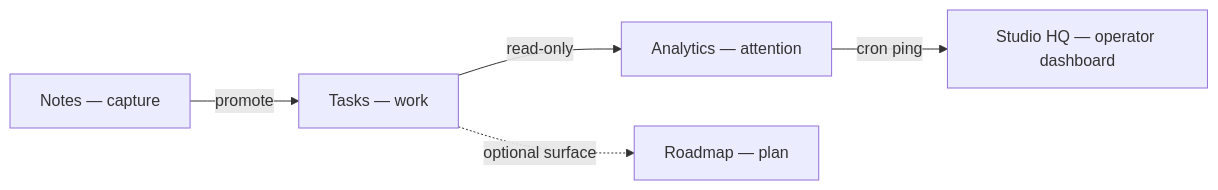
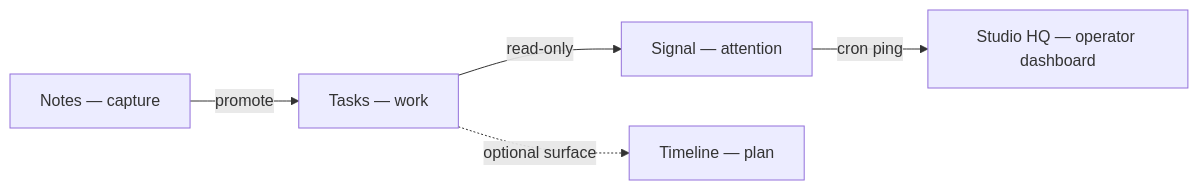
One commit to ethanmcn2013-droid/studio changed the diagram in content/atlas/five-products-as-a-system.md. Above: the diagram before and after it, drawn with Mermaid. The commit also changed other lines of this file and 193 other files, not shown here.

````diff
--- a/content/atlas/five-products-as-a-system.md
+++ b/content/atlas/five-products-as-a-system.md
@@ -29,7 +29,7 @@
 ```mermaid
 flowchart LR
   N[Notes — capture] -->|promote| T[Tasks — work]
-  T -->|read-only| A[Analytics — attention]
-  T -.->|optional surface| R[Roadmap — plan]
+  T -->|read-only| A[Signal — attention]
+  T -.->|optional surface| R[Timeline — plan]
   A -->|cron ping| ST[Studio HQ — operator dashboard]
 ```
````
